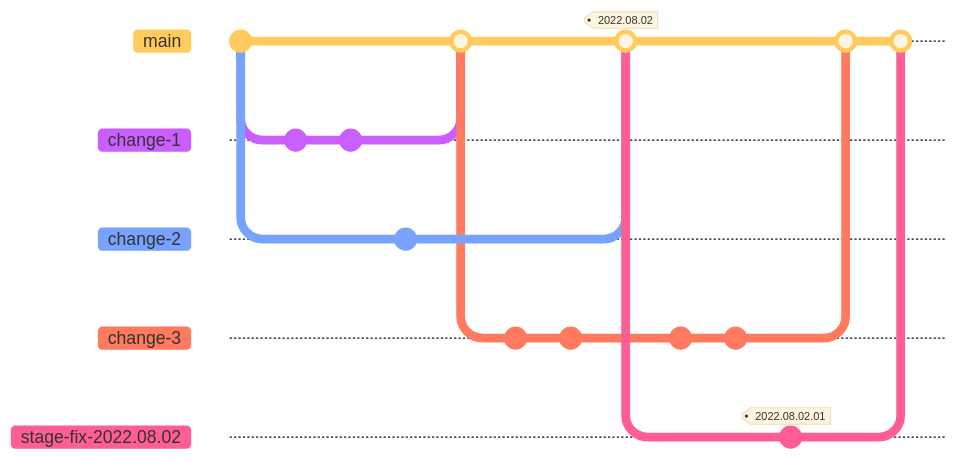
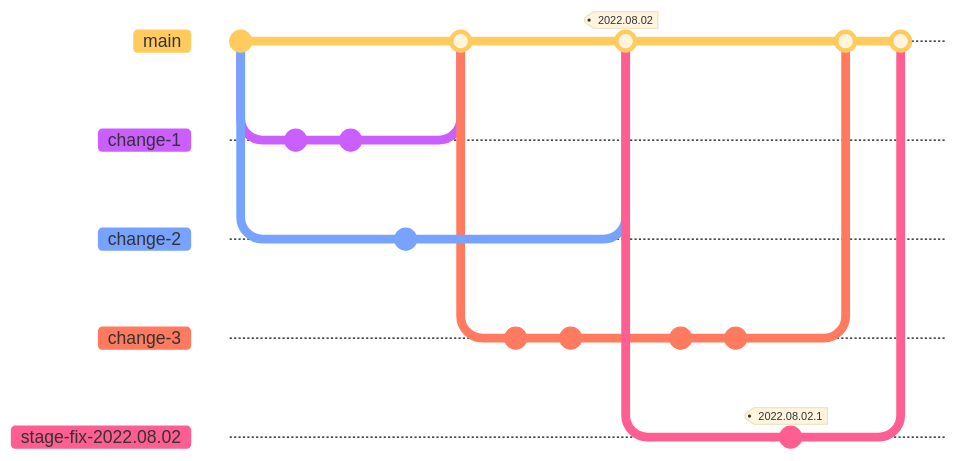
Before and after one commit to mozilla/fx-private-relay: the fifth of 6 diagrams in docs/release_process.md, drawn with Mermaid. The commit also changed other lines of this file, not shown here. Commit ids are hidden.

````diff
--- a/docs/release_process.md
+++ b/docs/release_process.md
@@ -218,27 +218,27 @@
 ```mermaid
 %%{init: { 'theme': 'base' } }%%
     gitGraph
        commit
        branch change-1
        commit
        commit
        checkout main
        branch change-2
        commit
        checkout main
        merge change-1
        branch change-3
        commit
        commit
        checkout main
        merge change-2 tag: "2022.08.02"
        checkout change-3
        commit
        commit
        checkout main
        branch stage-fix-2022.08.02
-       commit tag: "2022.08.02.01"
+       commit tag: "2022.08.02.1"
        checkout main
        merge change-3
        merge stage-fix-2022.08.02
 ```
````
